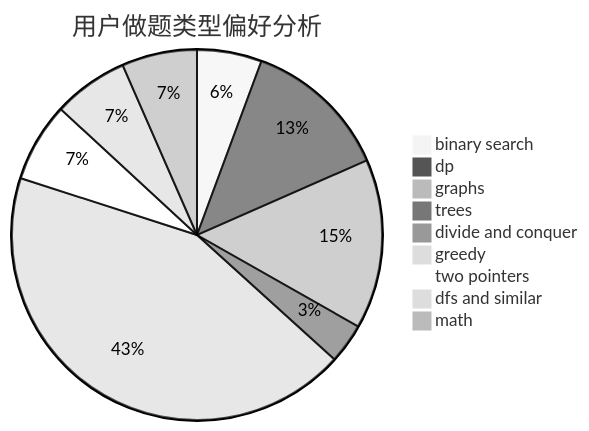
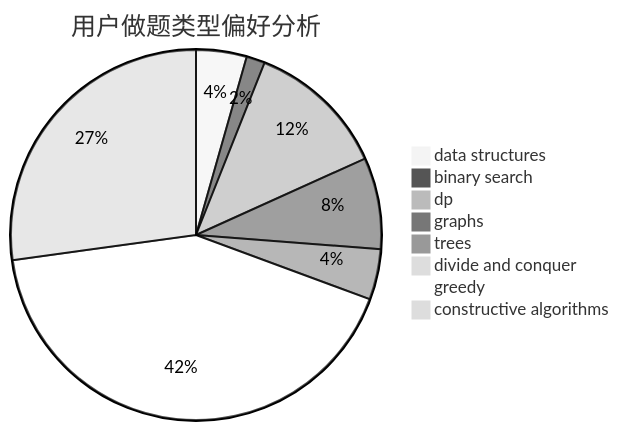
Before and after one commit to sherpahu/cfrs.github.io: the second of 3 diagrams in docs/user/u905.md, drawn with Mermaid (neutral theme). The commit also changed other lines of this file and 2775 other files, not shown here.

````diff
--- a/docs/user/u905.md
+++ b/docs/user/u905.md
@@ -23,12 +23,11 @@
 ```mermaid
 pie title 用户做题类型偏好分析
-    "binary search" :  246
-    "dp" :  556
-    "graphs" :  645
-    "trees" :  152
-    "divide and conquer" :  22
-    "greedy" :  1884
-    "two pointers" :  301
-    "dfs and similar" :  286
-    "math" :  286
+    "data structures" :  134
+    "binary search" :  49
+    "dp" :  371
+    "graphs" :  242
+    "trees" :  134
+    "divide and conquer" :  0
+    "greedy" :  1281
+    "constructive algorithms" :  825
 ```
````
